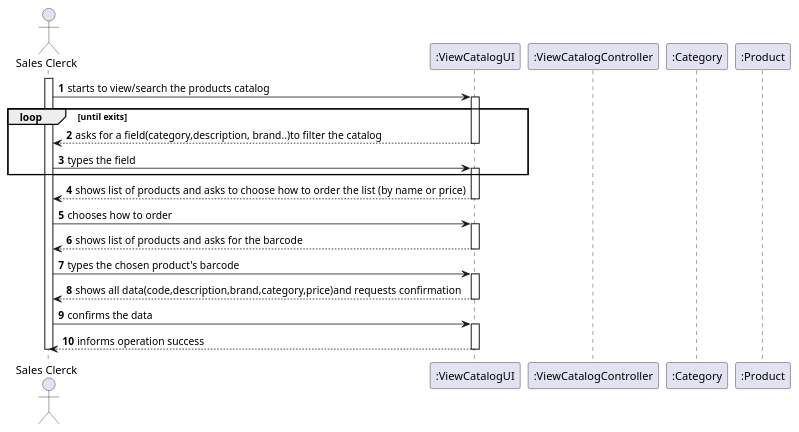
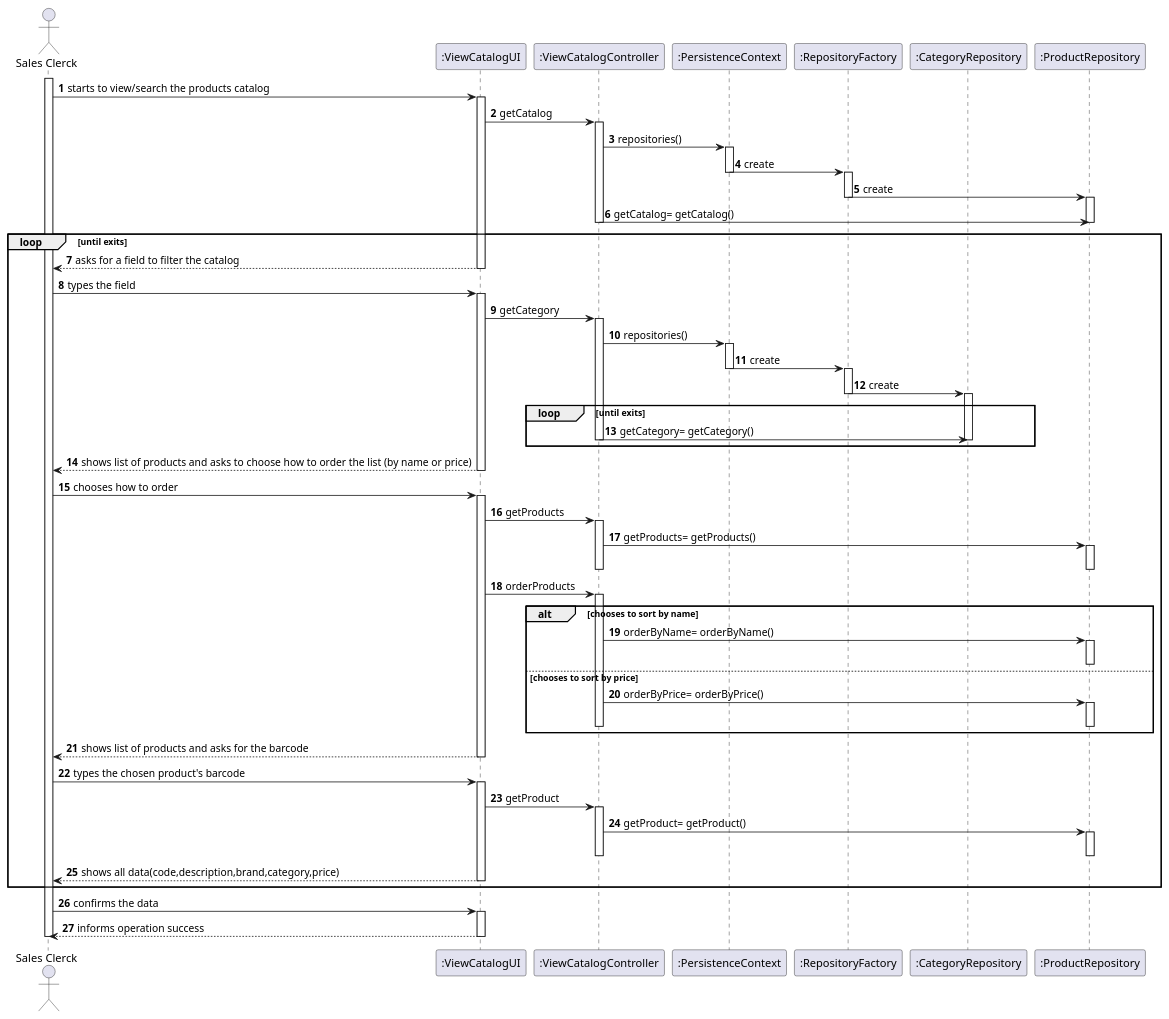
The diagram in docs/Sprint2/US1002/US1002_SD.puml (marttuga/LAPR4-SmartSystems), drawn with PlantUML before and after one commit. The commit also changed 4 other files, not shown here.

```diff
--- a/docs/Sprint2/US1002/US1002_SD.puml
+++ b/docs/Sprint2/US1002/US1002_SD.puml
@@ -1,53 +1,121 @@
 @startuml
 autonumber
 'hide footbox
 actor "Sales Clerck" as SC
 participant ":ViewCatalogUI" as UI
 participant ":ViewCatalogController" as CTRL
-participant ":Category" as Categ
-participant ":Product" as Prod
+participant ":PersistenceContext" as PC
+participant ":RepositoryFactory" as RF
+participant ":CategoryRepository" as CatRepo
+participant ":ProductRepository" as ProdRepo
 
 activate SC
 
 SC -> UI : starts to view/search the products catalog
 activate UI
-loop until exits
-UI --> SC :asks for a field(category,description, brand..)to filter the catalog
-deactivate UI
 
 
+UI -> CTRL : getCatalog
+activate CTRL
+CTRL -> PC : repositories()
 
+activate PC
+PC -> RF : create
+deactivate PC
+activate RF
+RF -> ProdRepo : create
+deactivate RF
+activate ProdRepo
+deactivate ProdRepo
+CTRL -> ProdRepo : getCatalog= getCatalog()
+deactivate CTRL
+deactivate ProdRepo
+
+
+loop until exits
+
+UI --> SC : asks for a field to filter the catalog
+deactivate UI
 SC -> UI : types the field
 activate UI
 
+
+UI -> CTRL : getCategory
+activate CTRL
+CTRL -> PC : repositories()
+
+activate PC
+PC -> RF : create
+deactivate PC
+activate RF
+RF -> CatRepo : create
+deactivate RF
+activate CatRepo
+deactivate CatRepo
+loop until exits
+CTRL -> CatRepo : getCategory= getCategory()
+deactivate CTRL
+deactivate CatRepo
+
 end loop
-
-
 UI --> SC : shows list of products and asks to choose how to order the list (by name or price)
 deactivate UI
 
+SC -> UI : chooses how to order
+activate UI
 
 
-SC -> UI : chooses how to order
-activate UI
+UI -> CTRL : getProducts
+activate CTRL
+
+CTRL -> ProdRepo : getProducts= getProducts()
+activate ProdRepo
+deactivate CTRL
+deactivate ProdRepo
+
+UI -> CTRL : orderProducts
+activate CTRL
+
+alt chooses to sort by name
+CTRL -> ProdRepo : orderByName= orderByName()
+activate ProdRepo
+deactivate ProdRepo
+
+else chooses to sort by price
+CTRL -> ProdRepo : orderByPrice= orderByPrice()
+activate ProdRepo
+deactivate CTRL
+deactivate ProdRepo
+end
+
 
 UI --> SC : shows list of products and asks for the barcode
 deactivate UI
 
 SC -> UI : types the chosen product's barcode
 activate UI
 
 
+UI -> CTRL : getProduct
+activate CTRL
+CTRL -> ProdRepo : getProduct= getProduct()
+activate ProdRepo
+deactivate CTRL
+deactivate ProdRepo
 
-UI --> SC :shows all data(code,description,brand,category,price)and requests confirmation
+UI --> SC :shows all data(code,description,brand,category,price)
 deactivate UI
+
+deactivate UI
+end loop
+
 SC -> UI : confirms the data
 
 activate UI
 UI --> SC : informs operation success
 deactivate UI
 
 deactivate UI
 deactivate SC
 
 @enduml
```
